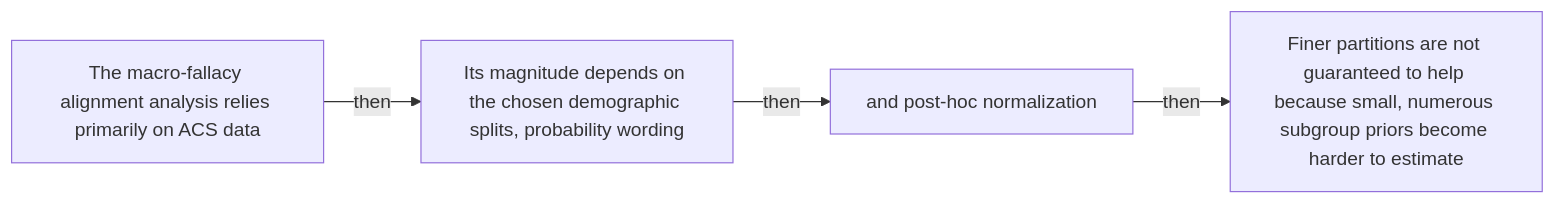
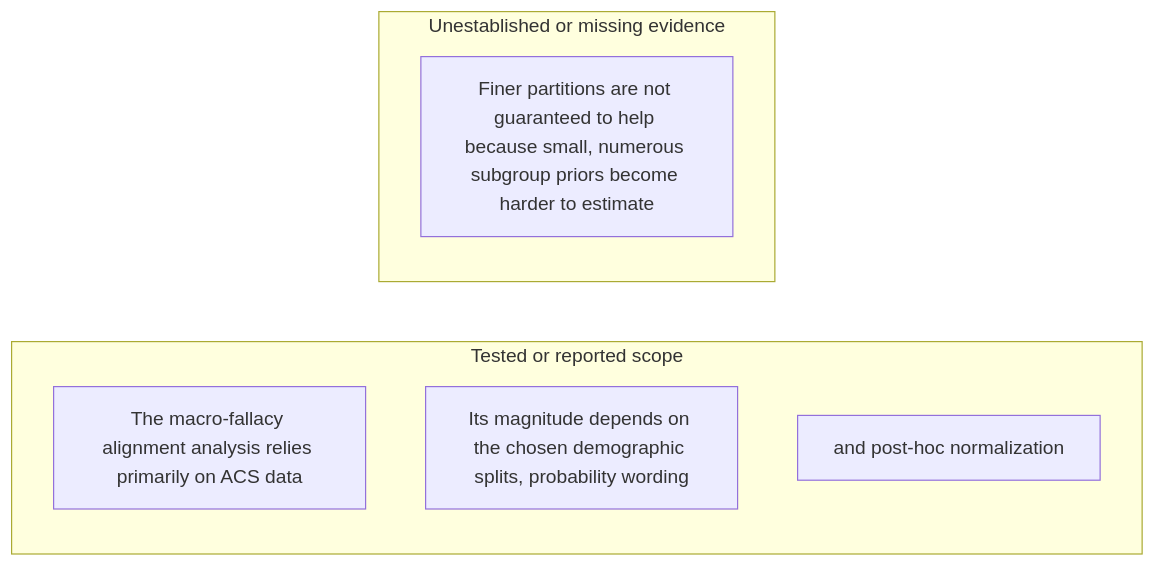
One commit to Betancourt1/paper_atlas changed diagram 37 of 48 in docs/visual-manifests/VISUAL_MANIFEST_PARTITION_PROMPT_AGGREGATE.md. Above: the diagram before and after it, drawn with Mermaid. The commit also changed other lines of this file and 7 other files, not shown here.

````diff
--- a/docs/visual-manifests/VISUAL_MANIFEST_PARTITION_PROMPT_AGGREGATE.md
+++ b/docs/visual-manifests/VISUAL_MANIFEST_PARTITION_PROMPT_AGGREGATE.md
@@ -3148,10 +3007,11 @@
 ```mermaid
 flowchart LR
-  n1["The macro-fallacy alignment analysis relies primarily on ACS data"]
-  n2["Its magnitude depends on the chosen demographic splits, probability wording"]
-  n3["and post-hoc normalization"]
-  n4["Finer partitions are not guaranteed to help because small, numerous subgroup priors become harder to estimate"]
-  n1 -->|"then"| n2
-  n2 -->|"then"| n3
-  n3 -->|"then"| n4
+  subgraph g1["Tested or reported scope"]
+    g1i1["The macro-fallacy alignment analysis relies primarily on ACS data"]
+    g1i2["Its magnitude depends on the chosen demographic splits, probability wording"]
+    g1i3["and post-hoc normalization"]
+  end
+  subgraph g2["Unestablished or missing evidence"]
+    g2i1["Finer partitions are not guaranteed to help because small, numerous subgroup priors become harder to estimate"]
+  end
 ```
````
